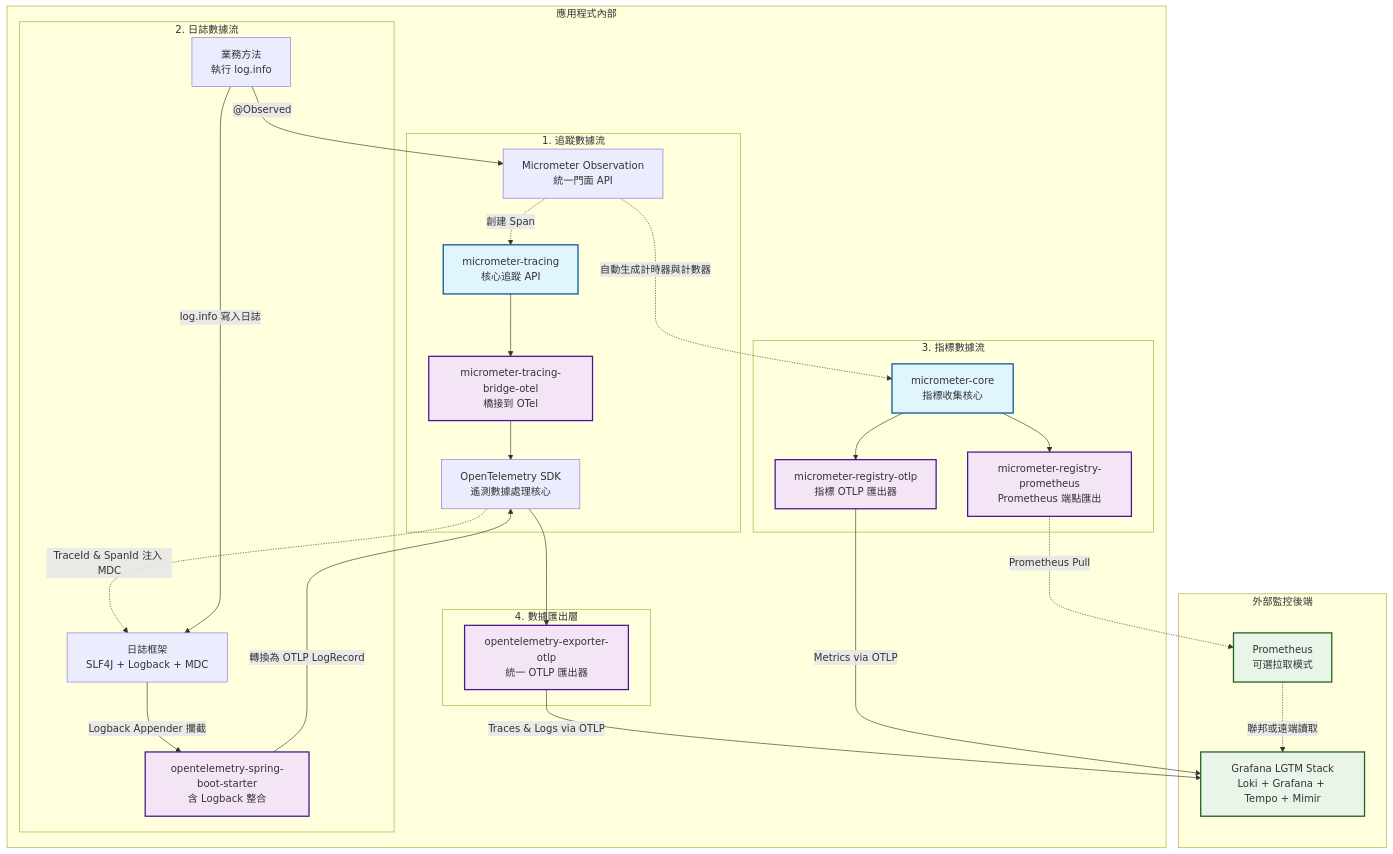
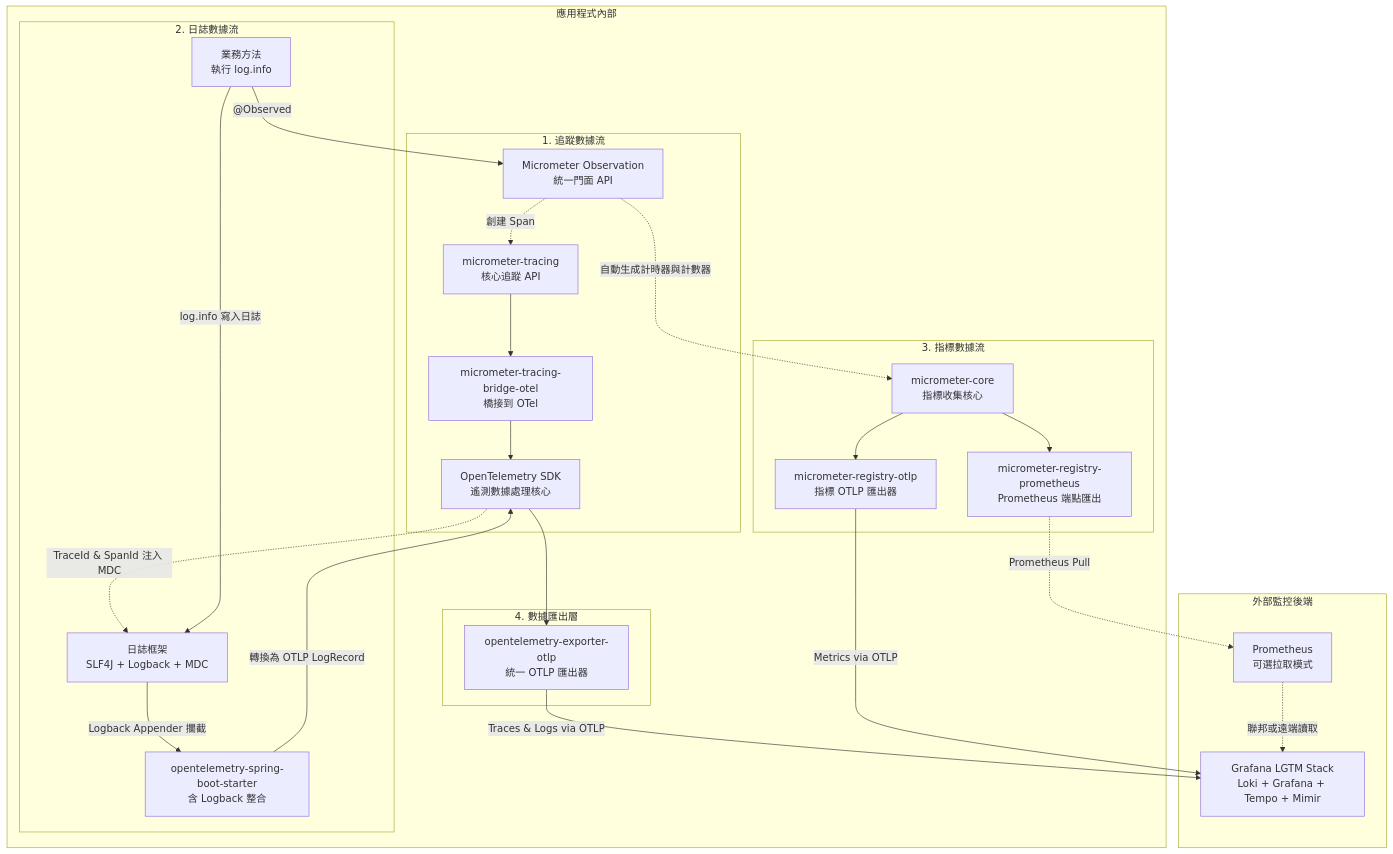
The third of 4 diagrams in README.md (samzhu/demo-springboot-250613), drawn with Mermaid before and after one commit.

Commit message:
更新 README.md 文件，移除不必要的圖示標籤定義，以簡化內容並提升可讀性。

````diff
--- a/README.md
+++ b/README.md
@@ -829,47 +829,39 @@
 ```mermaid
 graph TD
     subgraph APP["應用程式內部"]
         A["業務方法<br/>執行 log.info"] -->|"@Observed"| B["Micrometer Observation<br/>統一門面 API"]
 
         subgraph TRACES["1. 追蹤數據流"]
             B -.->|"創建 Span"| C_T["micrometer-tracing<br/>核心追蹤 API"]
             C_T --> D_T["micrometer-tracing-bridge-otel<br/>橋接到 OTel"]
             D_T --> F_T["OpenTelemetry SDK<br/>遙測數據處理核心"]
         end
 
         subgraph LOGS["2. 日誌數據流"]
             F_T -.->|"TraceId & SpanId 注入 MDC"| H_L["日誌框架<br/>SLF4J + Logback + MDC"]
             A -->|"log.info 寫入日誌"| H_L
             H_L -->|"Logback Appender 攔截"| I_L["opentelemetry-spring-boot-starter<br/>含 Logback 整合"]
             I_L -->|"轉換為 OTLP LogRecord"| F_T
         end
 
         subgraph METRICS["3. 指標數據流"]
             B -.->|"自動生成計時器與計數器"| C_M["micrometer-core<br/>指標收集核心"]
             C_M --> D_M1["micrometer-registry-otlp<br/>指標 OTLP 匯出器"]
             C_M --> D_M2["micrometer-registry-prometheus<br/>Prometheus 端點匯出"]
         end
 
         subgraph EXPORT["4. 數據匯出層"]
             F_T --> G_T["opentelemetry-exporter-otlp<br/>統一 OTLP 匯出器"]
         end
     end
 
     subgraph BACKEND["外部監控後端"]
         L["Grafana LGTM Stack<br/>Loki + Grafana + Tempo + Mimir"]
         P["Prometheus<br/>可選拉取模式"]
     end
     
     G_T -->|"Traces & Logs via OTLP"| L
     D_M1 -->|"Metrics via OTLP"| L
     D_M2 -.->|"Prometheus Pull"| P
     P -.->|"聯邦或遠端讀取"| L
-
-    classDef dependency fill:#e1f5fe,stroke:#01579b,stroke-width:2px
-    classDef exporter fill:#f3e5f5,stroke:#4a148c,stroke-width:2px
-    classDef backend fill:#e8f5e8,stroke:#1b5e20,stroke-width:2px
-    
-    class C_T,C_M dependency
-    class D_T,D_M1,D_M2,G_T,I_L exporter
-    class L,P backend
 ```
````
